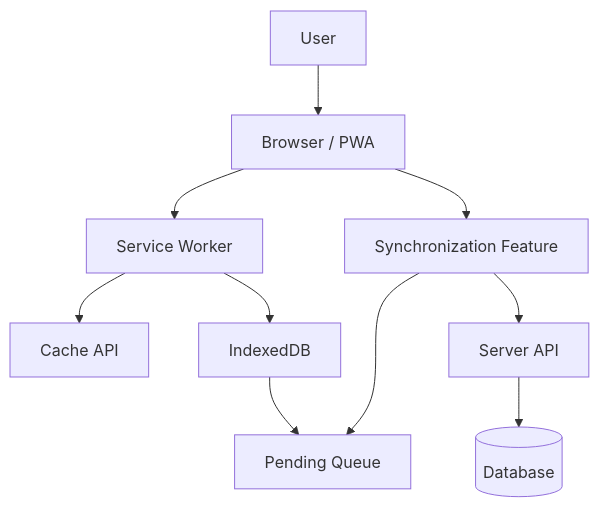
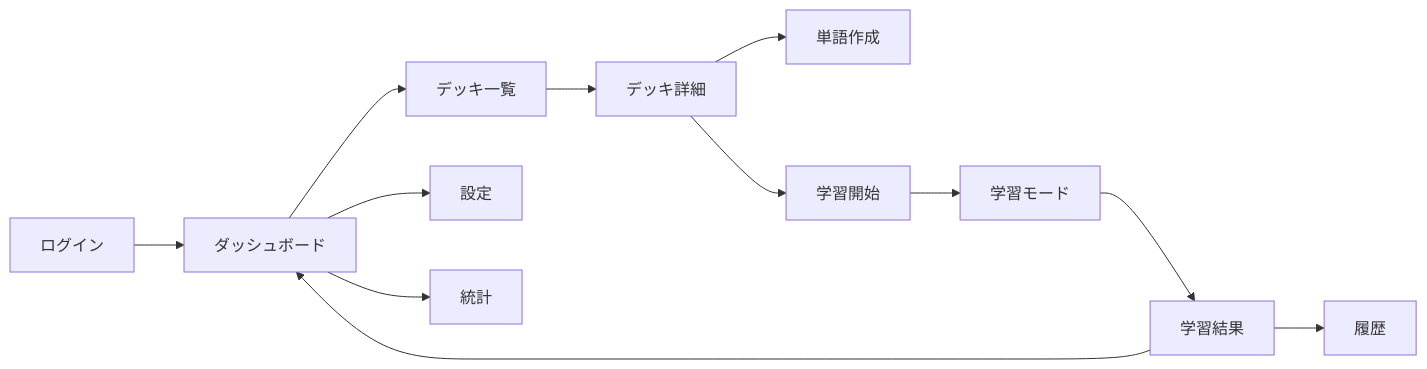
One commit to oniemikel/english-learning-tool changed the fifth of 5 diagrams in docs/基本設計書.md. Above: the diagram before and after it, drawn with Mermaid. The commit also changed other lines of this file and 2 other files, not shown here.

````diff
--- a/docs/基本設計書.md
+++ b/docs/基本設計書.md
@@ -6534,25 +175,14 @@
 ```mermaid
-graph TD
-
-User[User]
-Browser[Browser / PWA]
-SW[Service Worker]
-Cache[Cache API]
-IDB[IndexedDB]
-Queue[Pending Queue]
-Sync[Synchronization Feature]
-API[Server API]
-DB[(Database)]
-
-User --> Browser
-Browser --> SW
-
-SW --> Cache
-SW --> IDB
-
-IDB --> Queue
-Browser --> Sync
-Sync --> Queue
-Sync --> API
-API --> DB
+flowchart LR
+  Login[ログイン] --> Dashboard[ダッシュボード]
+  Dashboard --> Decks[デッキ一覧]
+  Decks --> DeckDetail[デッキ詳細]
+  DeckDetail --> WordNew[単語作成]
+  DeckDetail --> StudyStart[学習開始]
+  StudyStart --> StudyMode[学習モード]
+  StudyMode --> StudyResult[学習結果]
+  StudyResult --> History[履歴]
+  StudyResult --> Dashboard
+  Dashboard --> Settings[設定]
+  Dashboard --> Statistics[統計]
 ```
````
